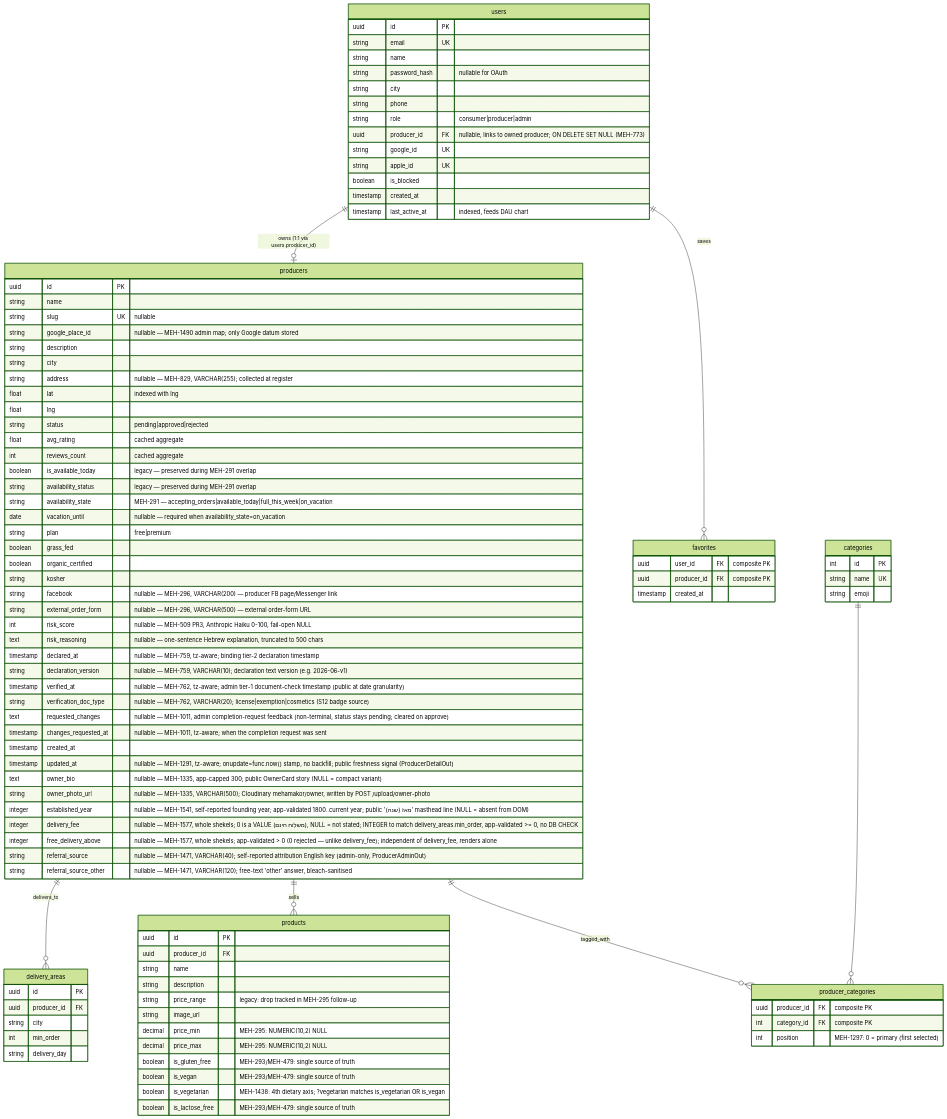
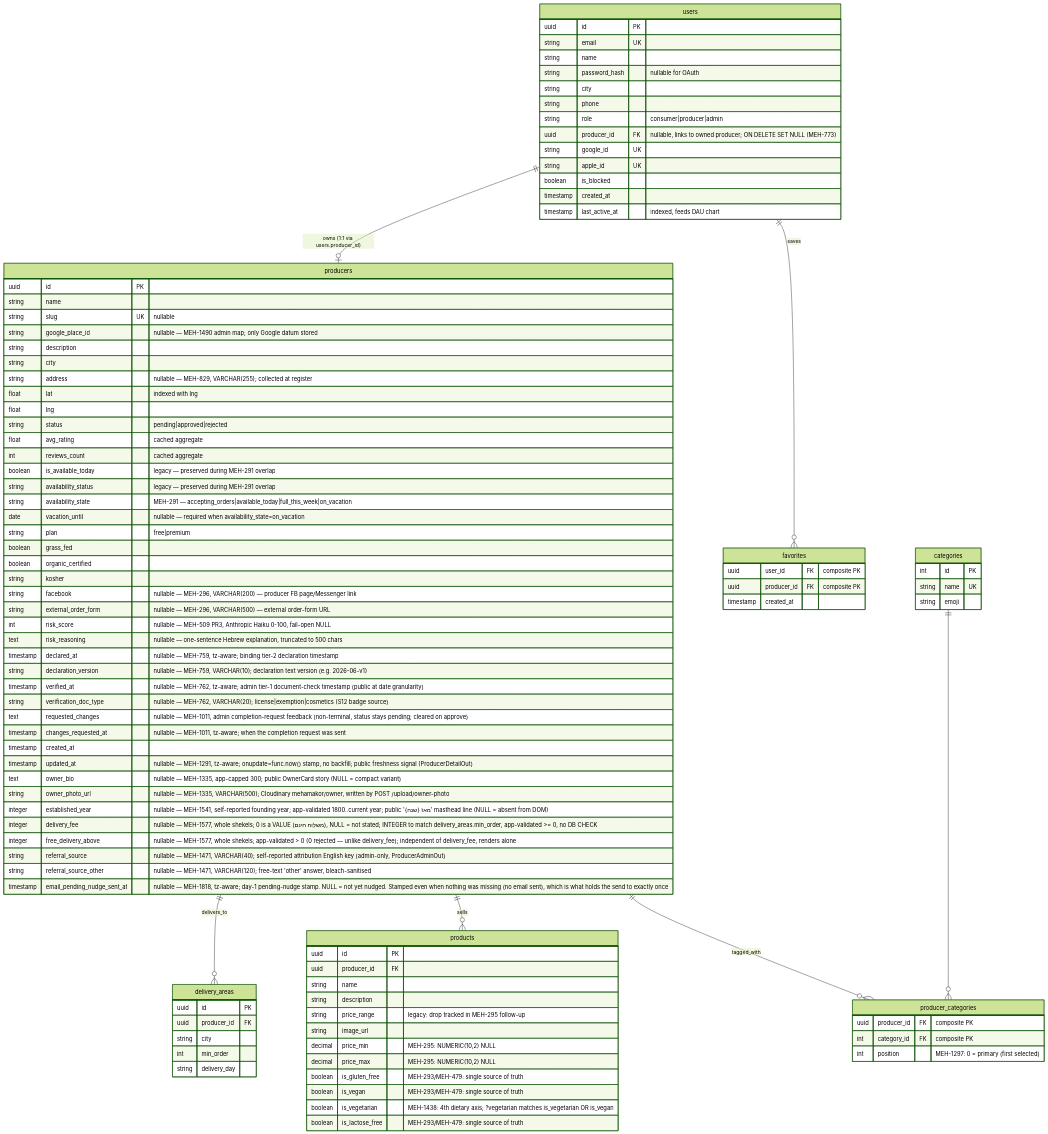
One commit to levismadar80-ship-it/FoodMamkor changed the first of 4 diagrams in .ai/diagrams/db-schema.md. Above: the diagram before and after it, drawn with Mermaid (forest theme). The commit also changed 3 other files, not shown here.

First line of the commit message:
docs: backfill the pending-nudge column + session log (MEH-1824)

```diff
--- a/.ai/diagrams/db-schema.md
+++ b/.ai/diagrams/db-schema.md
@@ -77,6 +77,7 @@
         integer free_delivery_above "nullable — MEH-1577, whole shekels; app-validated > 0 (0 rejected — unlike delivery_fee); independent of delivery_fee, renders alone"
         string referral_source "nullable — MEH-1471, VARCHAR(40); self-reported attribution English key (admin-only, ProducerAdminOut)"
         string referral_source_other "nullable — MEH-1471, VARCHAR(120); free-text 'other' answer, bleach-sanitised"
+        timestamp email_pending_nudge_sent_at "nullable — MEH-1818, tz-aware; day-1 pending-nudge stamp. NULL = not yet nudged. Stamped even when nothing was missing (no email sent), which is what holds the send to exactly once"
     }
 
     categories {
```
